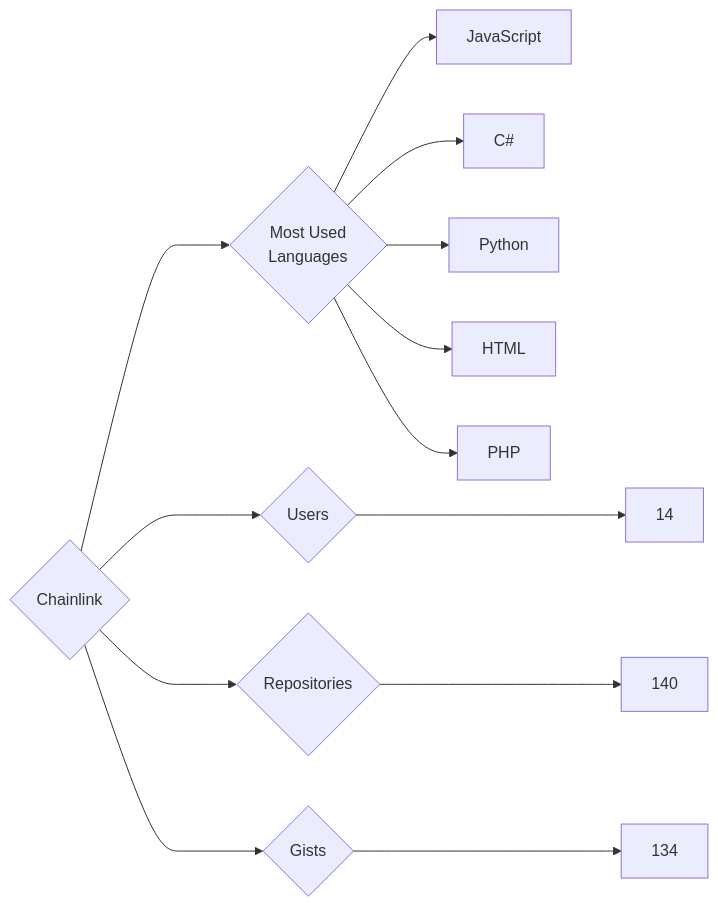
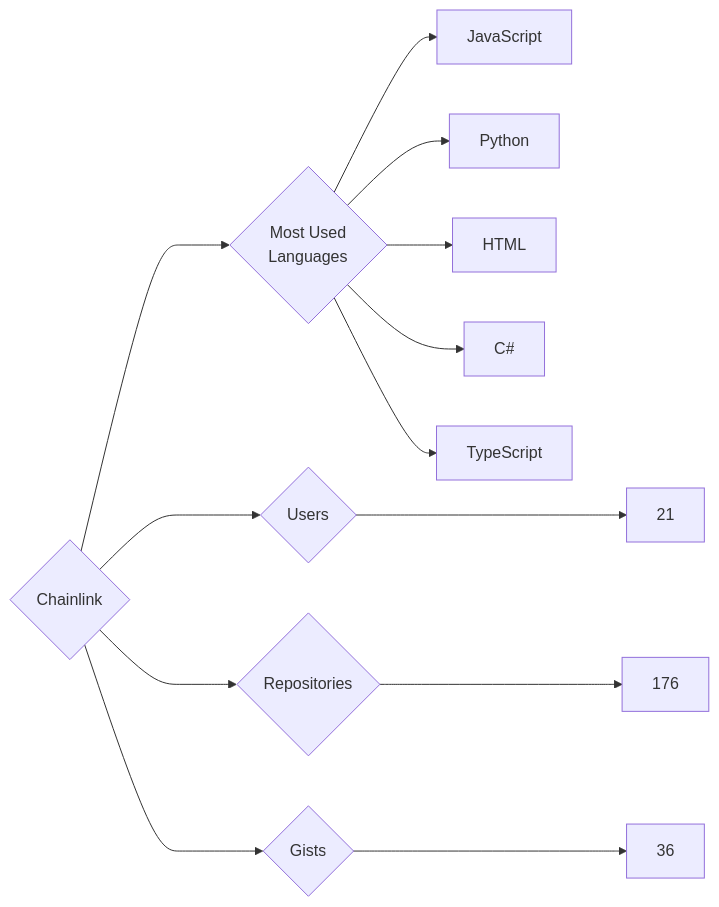
One commit to trickest/insiders changed the diagram in targets/Chainlink/README.md. Above: the diagram before and after it, drawn with Mermaid. The commit also changed 748 other files, not shown here.

````diff
--- a/targets/Chainlink/README.md
+++ b/targets/Chainlink/README.md
@@ -3,13 +3,13 @@
 ```mermaid
 graph LR
 COMPANY_NAME{Chainlink}
-COMPANY_NAME ---> U{Users} ---> UN[14]
-COMPANY_NAME ---> R{Repositories} ---> RN[140]
-COMPANY_NAME ---> G{Gists} ---> GN[134]
+COMPANY_NAME ---> U{Users} ---> UN[21]
+COMPANY_NAME ---> R{Repositories} ---> RN[176]
+COMPANY_NAME ---> G{Gists} ---> GN[36]
 COMPANY_NAME ---> ML{Most Used<br>Languages}
 ML --> JavaScript[JavaScript]
-ML --> C#[C#]
 ML --> Python[Python]
 ML --> HTML[HTML]
-ML --> PHP[PHP]
+ML --> C#[C#]
+ML --> TypeScript[TypeScript]
 ```
````
